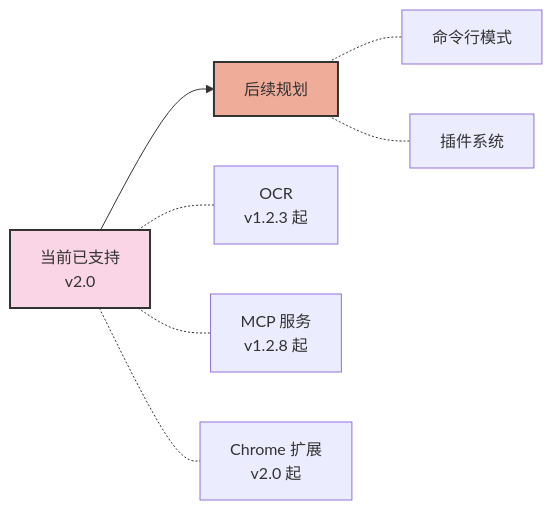
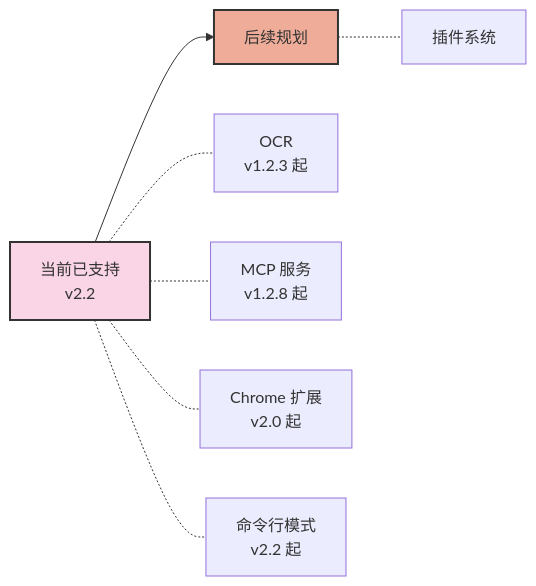
One commit to CrossPaste/crosspaste-desktop changed the diagram in doc/zh/Roadmap.md. Above: the diagram before and after it, drawn with Mermaid. The commit also changed other lines of this file and 3 other files, not shown here.

Commit message:
:memo: mark command-line mode as shipped in roadmap (#4907)

````diff
--- a/doc/zh/Roadmap.md
+++ b/doc/zh/Roadmap.md
@@ -5,16 +5,16 @@
 ```mermaid
 graph LR
-    B[当前已支持<br/>v2.0] --> U[后续规划]
+    B[当前已支持<br/>v2.2] --> U[后续规划]
 
     B -.- B1[OCR<br/>v1.2.3 起]
     B -.- B2[MCP 服务<br/>v1.2.8 起]
     B -.- B3[Chrome 扩展<br/>v2.0 起]
+    B -.- B4[命令行模式<br/>v2.2 起]
 
-    U -.- U1[命令行模式]
-    U -.- U2[插件系统]
+    U -.- U1[插件系统]
 
     classDef current fill:#f9d5e5,stroke:#333,stroke-width:2px
     classDef upcoming fill:#eeac99,stroke:#333,stroke-width:2px
     class B current
     class U upcoming
 ```
````
